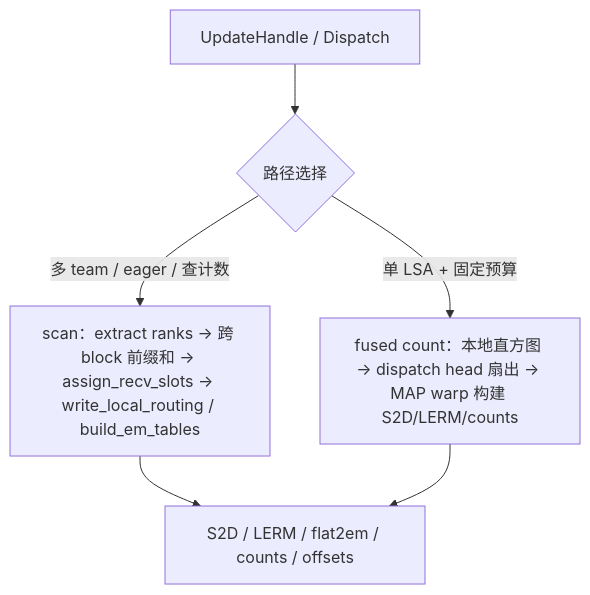
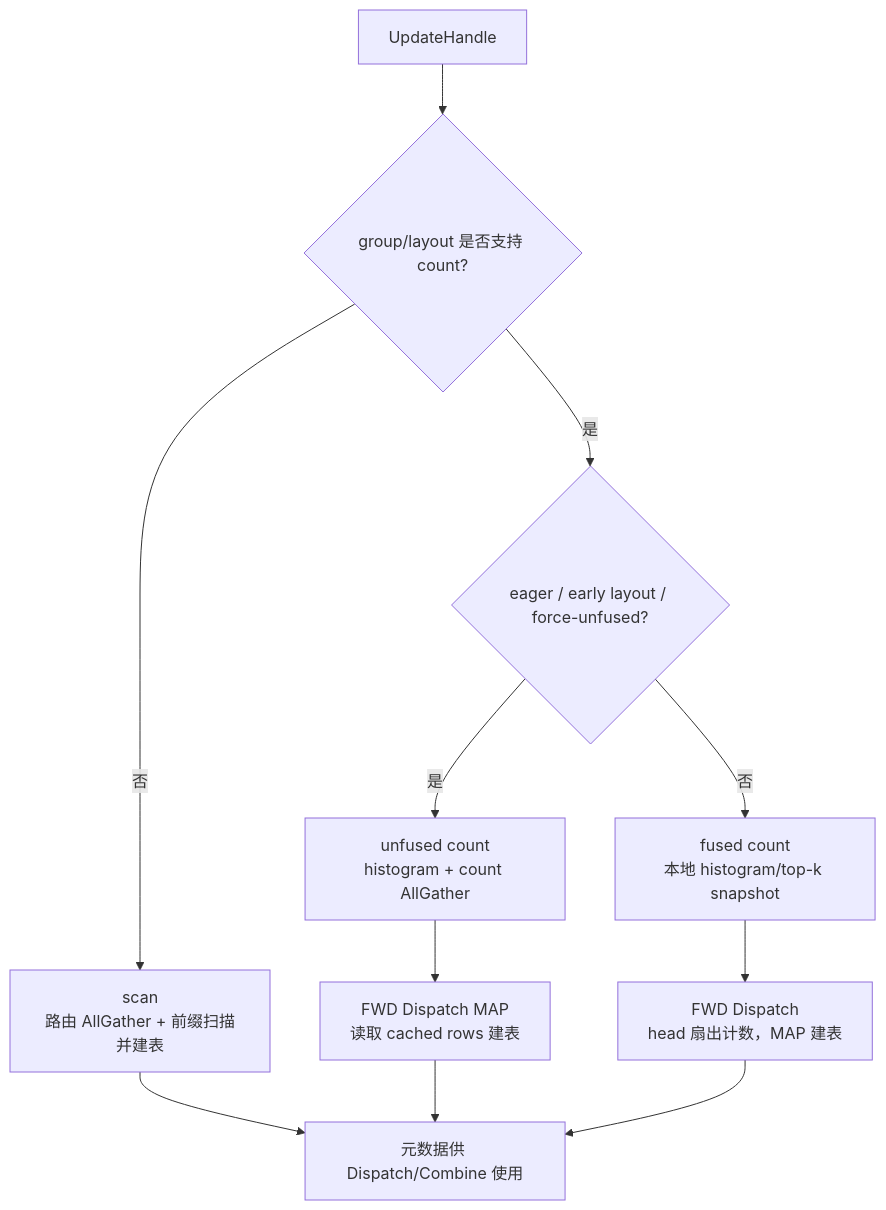
One commit to s0okiym/nccl-extensions changed the ninth of 12 diagrams in nccl_ep/docs/design_overview.md. Above: the diagram before and after it, drawn with Mermaid. The commit also changed other lines of this file, not shown here.

````diff
--- a/nccl_ep/docs/design_overview.md
+++ b/nccl_ep/docs/design_overview.md
@@ -299,8 +391,13 @@
 ```mermaid
 flowchart TD
-  A["UpdateHandle / Dispatch"] --> B{"路径选择"}
-  B -->|多 team / eager / 查计数| C["scan：extract ranks → 跨 block 前缀和 → assign_recv_slots → write_local_routing / build_em_tables"]
-  B -->|单 LSA + 固定预算| D["fused count：本地直方图 → dispatch head 扇出 → MAP warp 构建 S2D/LERM/counts"]
-  C --> E["S2D / LERM / flat2em / counts / offsets"]
+  A["UpdateHandle"] --> B{"group/layout 是否支持 count?"}
+  B -->|否| S["scan<br/>路由 AllGather + 前缀扫描并建表"]
+  B -->|是| C{"eager / early layout / force-unfused?"}
+  C -->|是| U["unfused count<br/>histogram + count AllGather"]
+  C -->|否| F["fused count<br/>本地 histogram/top-k snapshot"]
+  U --> UM["FWD Dispatch MAP<br/>读取 cached rows 建表"]
+  F --> D["FWD Dispatch<br/>head 扇出计数，MAP 建表"]
+  S --> E["元数据供 Dispatch/Combine 使用"]
+  UM --> E
   D --> E
 ```
````
